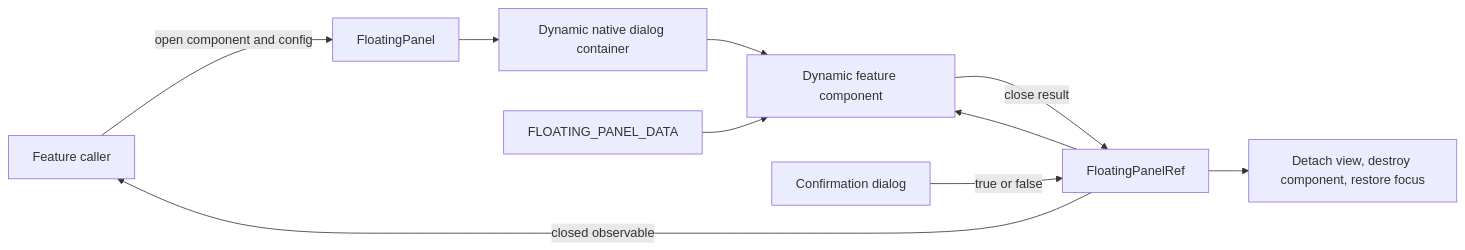
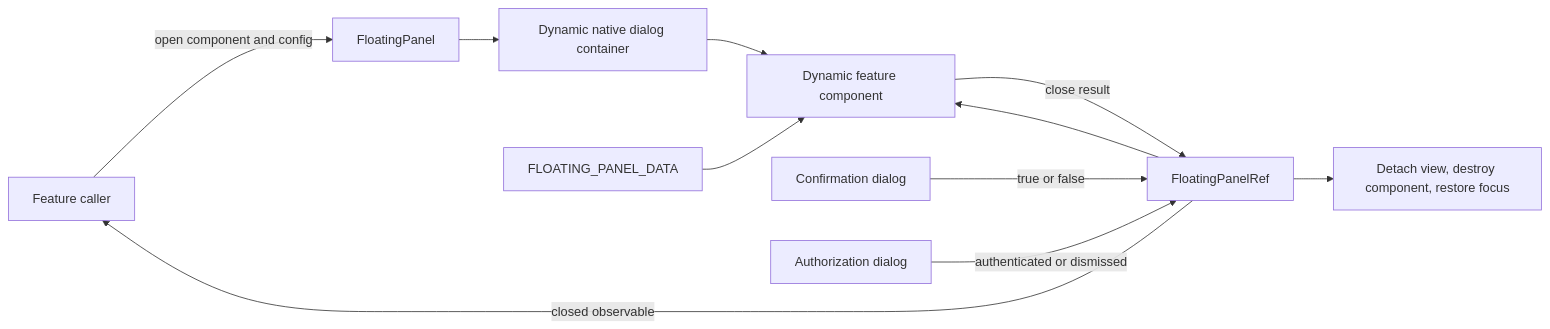
The diagram in lode/ui/floating-panels.md (Zwezh/media-shelf), drawn with Mermaid before and after one commit. The commit also changed other lines of this file and 75 other files, not shown here.

````diff
--- a/lode/ui/floating-panels.md
+++ b/lode/ui/floating-panels.md
@@ -18,12 +18,13 @@
 ```mermaid
 flowchart LR
   Caller[Feature caller] -->|open component and config| Service[FloatingPanel]
   Service --> Container[Dynamic native dialog container]
   Container --> Content[Dynamic feature component]
   Data[FLOATING_PANEL_DATA] --> Content
   Ref[FloatingPanelRef] --> Content
   Content -->|close result| Ref
   Confirmation[Confirmation dialog] -->|true or false| Ref
+  Authentication[Authorization dialog] -->|authenticated or dismissed| Ref
   Ref -->|closed observable| Caller
   Ref --> Cleanup[Detach view, destroy component, restore focus]
 ```
````
